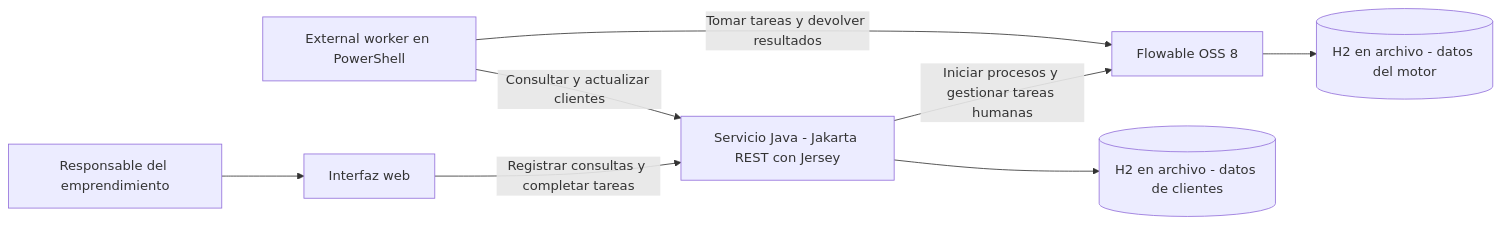
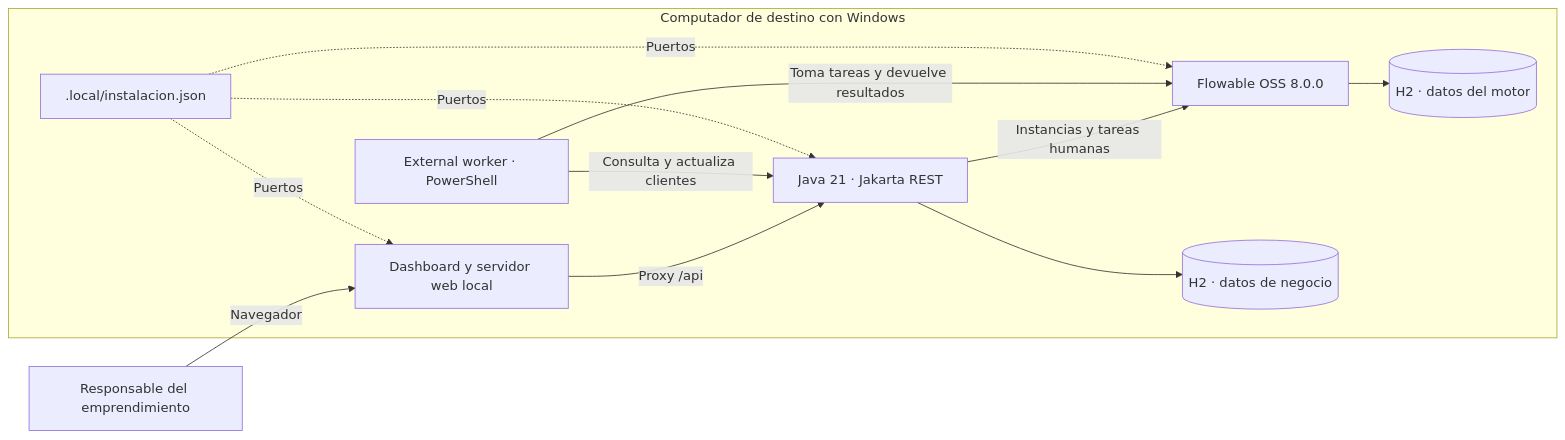
Before and after one commit to juanramirezgomez/integracion-plataformas-iplacex.: the diagram in Arquitectura/modelo-arquitectura.mmd, drawn with Mermaid. The commit also changed 21 other files, not shown here.

```diff
--- a/Arquitectura/modelo-arquitectura.mmd
+++ b/Arquitectura/modelo-arquitectura.mmd
@@ -1,8 +1,13 @@
 flowchart LR
-    U["Responsable del emprendimiento"] --> UI["Interfaz web"]
-    UI -->|Registrar consultas y completar tareas| J["Servicio Java - Jakarta REST con Jersey"]
-    J -->|Iniciar procesos y gestionar tareas humanas| F["Flowable OSS 8"]
-    W["External worker en PowerShell"] -->|Tomar tareas y devolver resultados| F
-    W -->|Consultar y actualizar clientes| J
-    F --> M[("H2 en archivo - datos del motor")]
-    J --> D[("H2 en archivo - datos de clientes")]
+    U["Responsable del emprendimiento"] -->|Navegador| B
+    subgraph PC["Computador de destino con Windows"]
+        B["Dashboard y servidor web local"] -->|Proxy /api| J["Java 21 · Jakarta REST"]
+        J -->|Instancias y tareas humanas| F["Flowable OSS 8.0.0"]
+        W["External worker · PowerShell"] -->|Toma tareas y devuelve resultados| F
+        W -->|Consulta y actualiza clientes| J
+        F --> M[("H2 · datos del motor")]
+        J --> D[("H2 · datos de negocio")]
+        C[".local/instalacion.json"] -. Puertos .-> B
+        C -. Puertos .-> J
+        C -. Puertos .-> F
+    end
```
